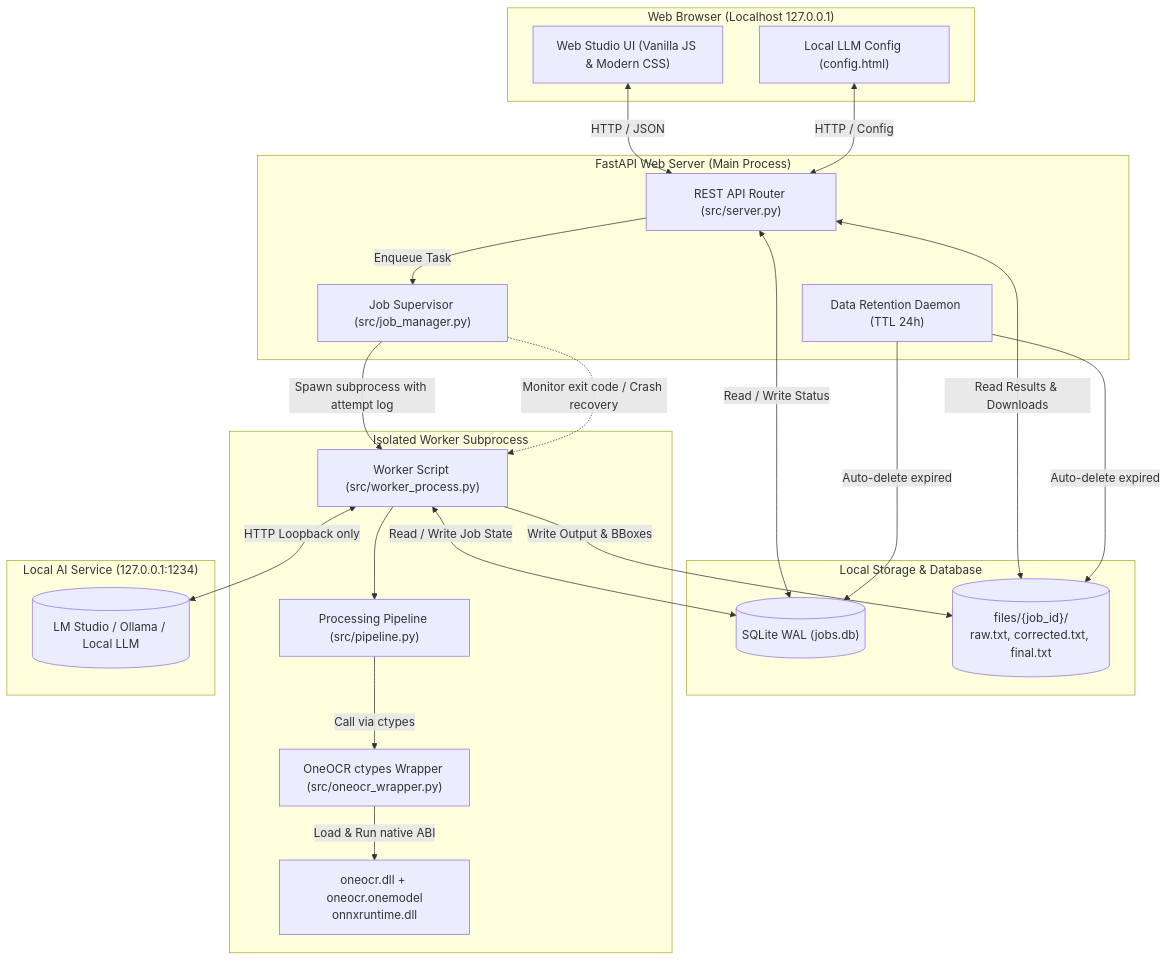
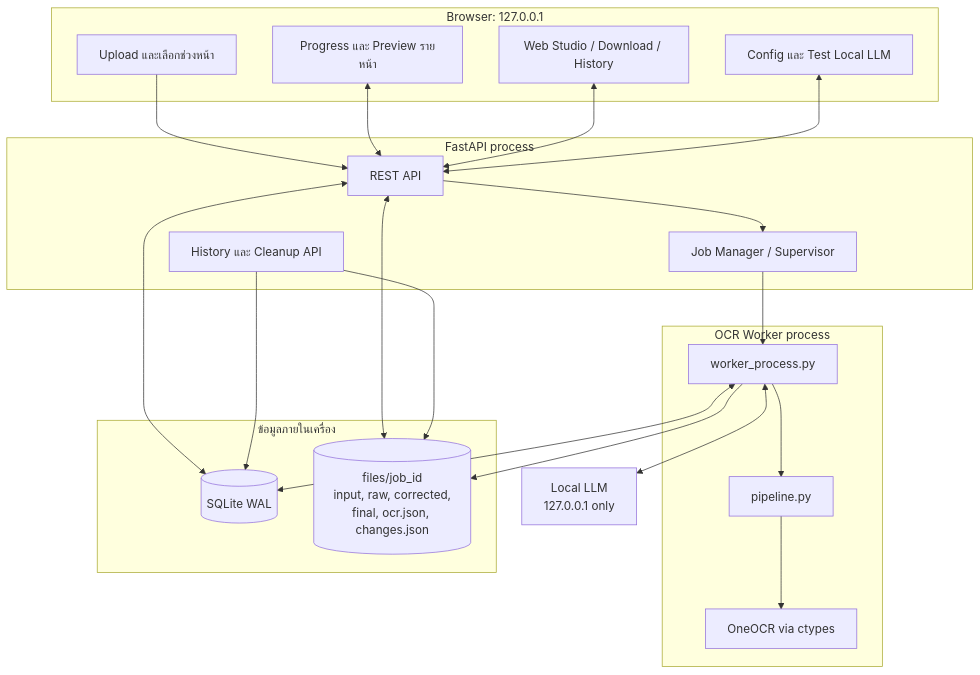
One commit to anuwatm/pdf-ocr-studio changed the first of 5 diagrams in readme.md. Above: the diagram before and after it, drawn with Mermaid. The commit also changed other lines of this file and 14 other files, not shown here.

First line of the commit message:
feat: add job history management, large PDF batching, and Thai vowel normalization

````diff
--- a/readme.md
+++ b/readme.md
@@ -96,45 +104,42 @@
 ```mermaid
 flowchart TB
-    subgraph Browser ["Web Browser (Localhost 127.0.0.1)"]
-        UI["Web Studio UI (Vanilla JS & Modern CSS)"]
-        ConfigUI["Local LLM Config (config.html)"]
+    subgraph Browser ["Browser: 127.0.0.1"]
+        Upload["Upload และเลือกช่วงหน้า"]
+        Progress["Progress และ Preview รายหน้า"]
+        Studio["Web Studio / Download / History"]
+        Config["Config และ Test Local LLM"]
     end
 
-    subgraph ServerProcess ["FastAPI Web Server (Main Process)"]
-        API["REST API Router (src/server.py)"]
-        JobMgr["Job Supervisor (src/job_manager.py)"]
-        CleanupSvc["Data Retention Daemon (TTL 24h)"]
+    subgraph Server ["FastAPI process"]
+        API["REST API"]
+        Queue["Job Manager / Supervisor"]
+        Cleanup["History และ Cleanup API"]
     end
 
-    subgraph DataStore ["Local Storage & Database"]
-        DB[("SQLite WAL (jobs.db)")]
-        FileStore[("files/{job_id}/<br/>raw.txt, corrected.txt, final.txt")]
+    subgraph Worker ["OCR Worker process"]
+        Runner["worker_process.py"]
+        Pipeline["pipeline.py"]
+        OneOCR["OneOCR via ctypes"]
     end
 
-    subgraph WorkerProcess ["Isolated Worker Subprocess"]
-        WorkerMain["Worker Script (src/worker_process.py)"]
-        Pipeline["Processing Pipeline (src/pipeline.py)"]
-        OneOCR["OneOCR ctypes Wrapper (src/oneocr_wrapper.py)"]
-        DLLs["oneocr.dll + oneocr.onemodel<br/>onnxruntime.dll"]
+    subgraph LocalData ["ข้อมูลภายในเครื่อง"]
+        DB[("SQLite WAL")]
+        Files[("files/job_id<br/>input, raw, corrected,<br/>final, ocr.json, changes.json")]
     end
 
-    subgraph AIService ["Local AI Service (127.0.0.1:1234)"]
-        LocalLLM[("LM Studio / Ollama / Local LLM")]
-    end
+    LLM["Local LLM<br/>127.0.0.1 only"]
 
-    UI <-->|HTTP / JSON| API
-    ConfigUI <-->|HTTP / Config| API
-    API <-->|Read / Write Status| DB
-    API <-->|Read Results & Downloads| FileStore
-    API -->|Enqueue Task| JobMgr
-    JobMgr -->|Spawn subprocess with attempt log| WorkerMain
-    JobMgr -.->|Monitor exit code / Crash recovery| WorkerMain
-    WorkerMain --> Pipeline
-    Pipeline -->|Call via ctypes| OneOCR
-    OneOCR -->|Load & Run native ABI| DLLs
-    WorkerMain <-->|Read / Write Job State| DB
-    WorkerMain -->|Write Output & BBoxes| FileStore
-    WorkerMain <-->|HTTP Loopback only| LocalLLM
-    CleanupSvc -->|Auto-delete expired| DB
-    CleanupSvc -->|Auto-delete expired| FileStore
+    Upload --> API
+    Progress <--> API
+    Studio <--> API
+    Config <--> API
+    API <--> DB
+    API <--> Files
+    API --> Queue --> Runner
+    Runner <--> DB
+    Runner --> Pipeline --> OneOCR
+    Runner --> Files
+    Runner <--> LLM
+    Cleanup --> DB
+    Cleanup --> Files
 ```
````
